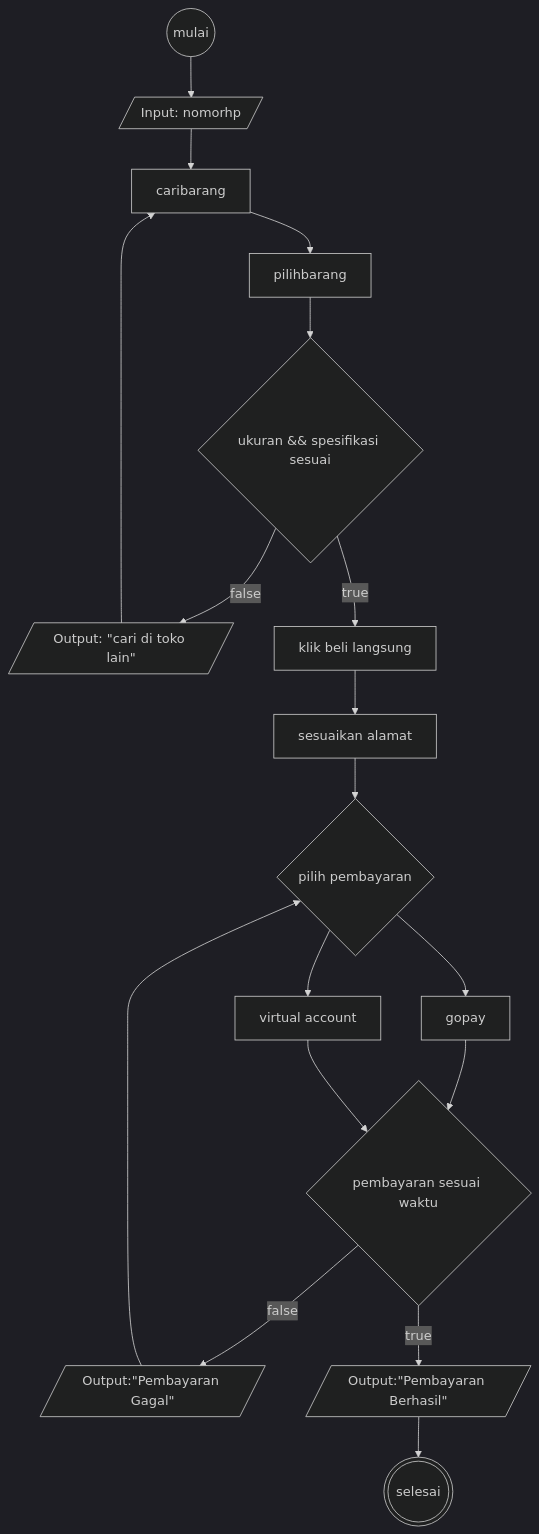
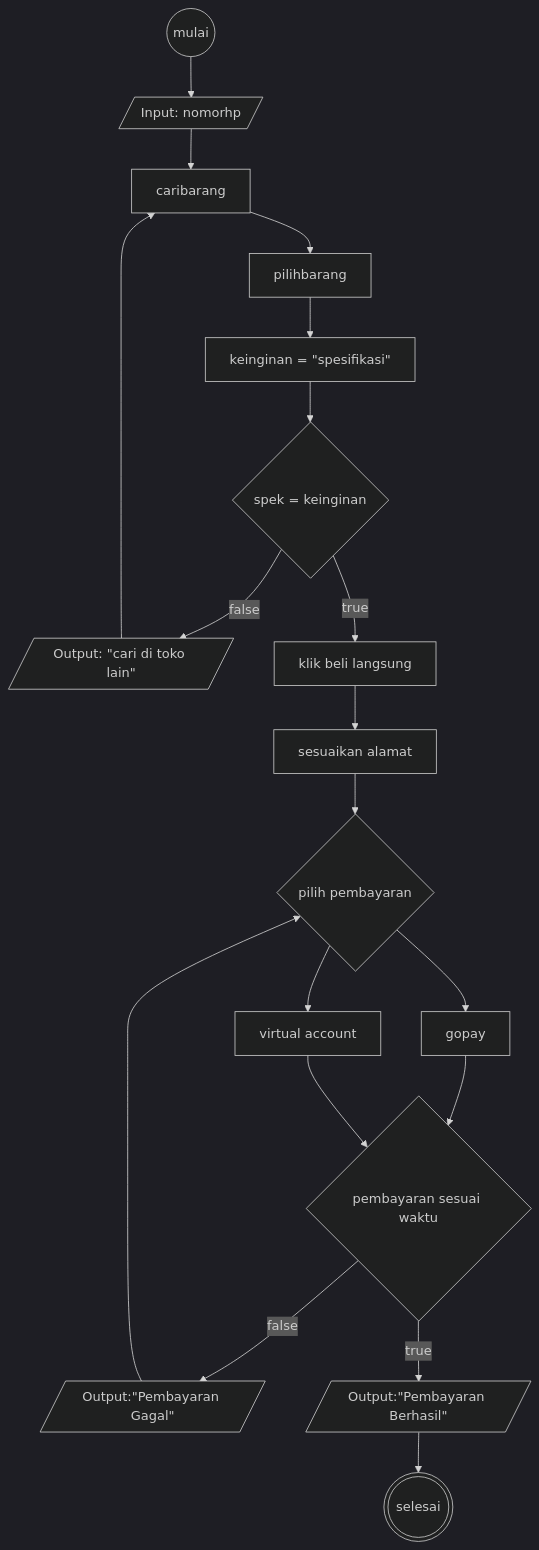
One commit to alhilalfathi/koda-b6-algoritma changed the diagram in algoritma-checkout-tokopedia.md. Above: the diagram before and after it, drawn with Mermaid (dark theme).

````diff
--- a/algoritma-checkout-tokopedia.md
+++ b/algoritma-checkout-tokopedia.md
@@ -19,28 +19,29 @@
 ```mermaid
 flowchart TD
     mulai@{ shape: circle,}
     login@{ shape: lean-r, label: "Input: nomorhp"}
     cariitem@{ label: "caribarang"}
     pilihitem@{ label: "pilihbarang"}
-    spek@{ shape: diamond, label: "ukuran && spesifikasi sesuai"}
+    keinginan@{ label: "keinginan = #quot;spesifikasi#quot;"}
+    spek@{ shape: diamond, label: "spek = keinginan"}
     false1@{ shape: lean-r, label: "Output: #quot;cari di toko lain#quot;"}
     true1@{ label: "klik beli langsung"}
     alamat@{ label: "sesuaikan alamat"}
     pembayaran@{ shape: diamond, label: "pilih pembayaran"}
     gopay@{ label: "gopay"}
     va@{ label: "virtual account"}
     pembayaran2@{shape: diamond, label: "pembayaran sesuai waktu"}
     false2@{shape: lean-r, label: "Output:#quot;Pembayaran Gagal#quot;"}
     true2@{shape: lean-r, label: "Output:#quot;Pembayaran Berhasil#quot;"}
     selesai@{ shape: dbl-circ,}
 
 mulai-->login
-login-->cariitem-->pilihitem-->spek
+login-->cariitem-->pilihitem-->keinginan-->spek
 spek--false-->false1-->cariitem
 spek--true-->true1-->alamat-->pembayaran
 pembayaran-->gopay-->pembayaran2
 pembayaran-->va-->pembayaran2
 pembayaran2--false-->false2-->pembayaran
 pembayaran2--true-->true2-->selesai
 
 ```
````
